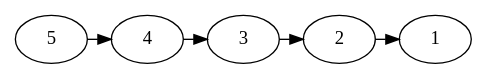
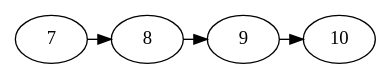
The diagram in src/ArchivosPy/Graficas/imgPila.dot (leonelzh21/Practica2s12017_201212802), drawn with Graphviz before and after one commit. The commit also changed 20 other files, not shown here.

```diff
--- a/src/ArchivosPy/Graficas/imgPila.dot
+++ b/src/ArchivosPy/Graficas/imgPila.dot
@@ -1,15 +1,12 @@
 // GraficaListaSimple
 digraph {
-	4 [label=5]
-	3 [label=4]
-		4 -> 3 [constraint=false]
-	3 [label=4]
-	2 [label=3]
+	3 [label=7]
+	2 [label=8]
 		3 -> 2 [constraint=false]
-	2 [label=3]
-	1 [label=2]
+	2 [label=8]
+	1 [label=9]
 		2 -> 1 [constraint=false]
-	1 [label=2]
-	0 [label=1]
+	1 [label=9]
+	0 [label=10]
 		1 -> 0 [constraint=false]
 }
```
